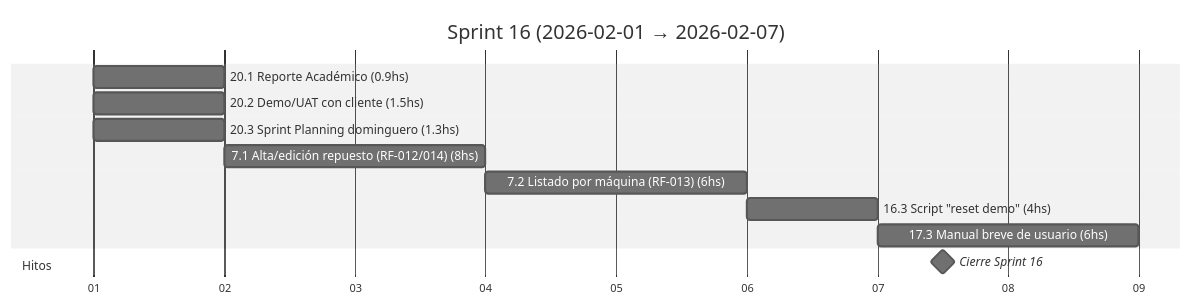
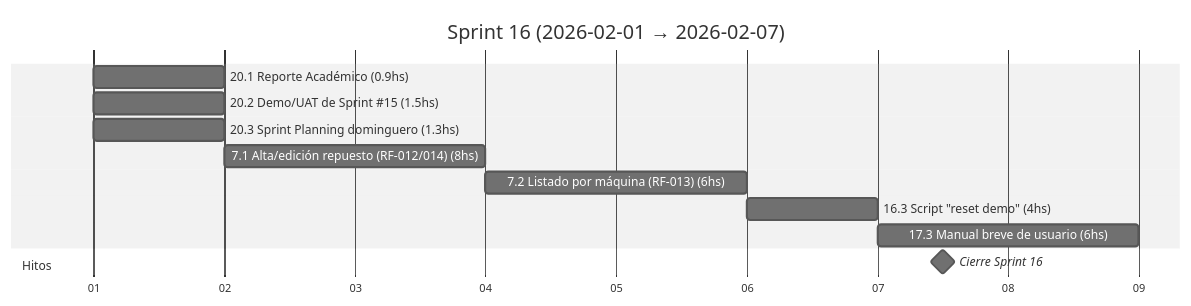
One commit to MarkMed/FleetMan changed diagram 17 of 19 in docs/SprintsGantts.md. Above: the diagram before and after it, drawn with Mermaid (neutral theme). The commit also changed other lines of this file and 2 other files, not shown here.

Commit message:
feat: Update Sprint planning for sprint 11 and update Gantt charts

````diff
--- a/docs/SprintsGantts.md
+++ b/docs/SprintsGantts.md
@@ -476,19 +480,19 @@
 ```mermaid
 gantt
   title Sprint 16 (2026-02-01 → 2026-02-07)
   dateFormat  YYYY-MM-DD
   axisFormat  %d
 
   %% Asumimos 5 h/día. Horas estimadas incluidas en el nombre.
 
   20.1 Reporte Académico (0.9hs)               :t201, 2026-02-01, 1d
-  20.2 Demo/UAT con cliente (1.5hs)            :t202, 2026-02-01, 1d
+  20.2 Demo/UAT de Sprint #15 (1.5hs)          :t202, 2026-02-01, 1d
   20.3 Sprint Planning dominguero (1.3hs)      :t203, 2026-02-01, 1d
   7.1 Alta/edición repuesto (RF-012/014) (8hs) :t71, after t203, 2d
   7.2 Listado por máquina (RF-013) (6hs)       :t72, after t71, 2d
   16.3 Script "reset demo" (4hs)               :t163, after t72, 1d
   17.3 Manual breve de usuario (6hs)           :t173, after t163, 2d
 
   section Hitos
   Cierre Sprint 16                             :milestone, s16, 2026-02-07, 1d
 ```
````
